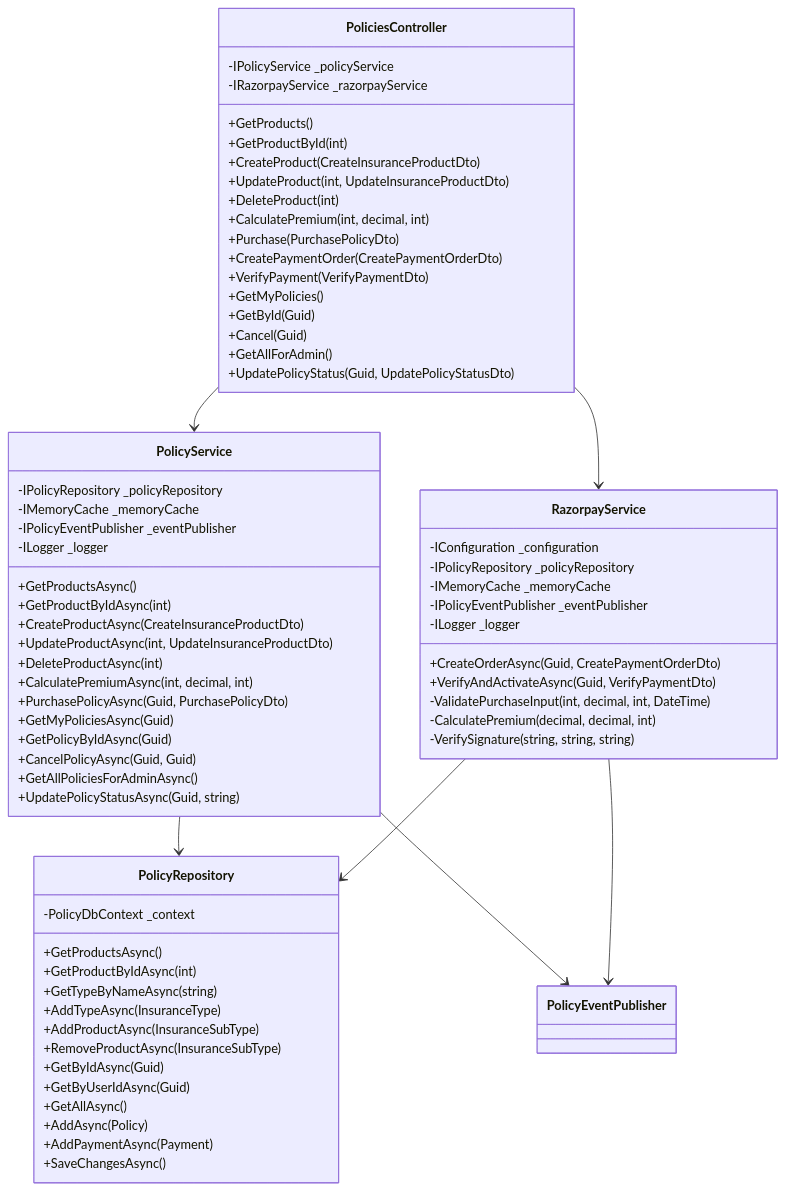
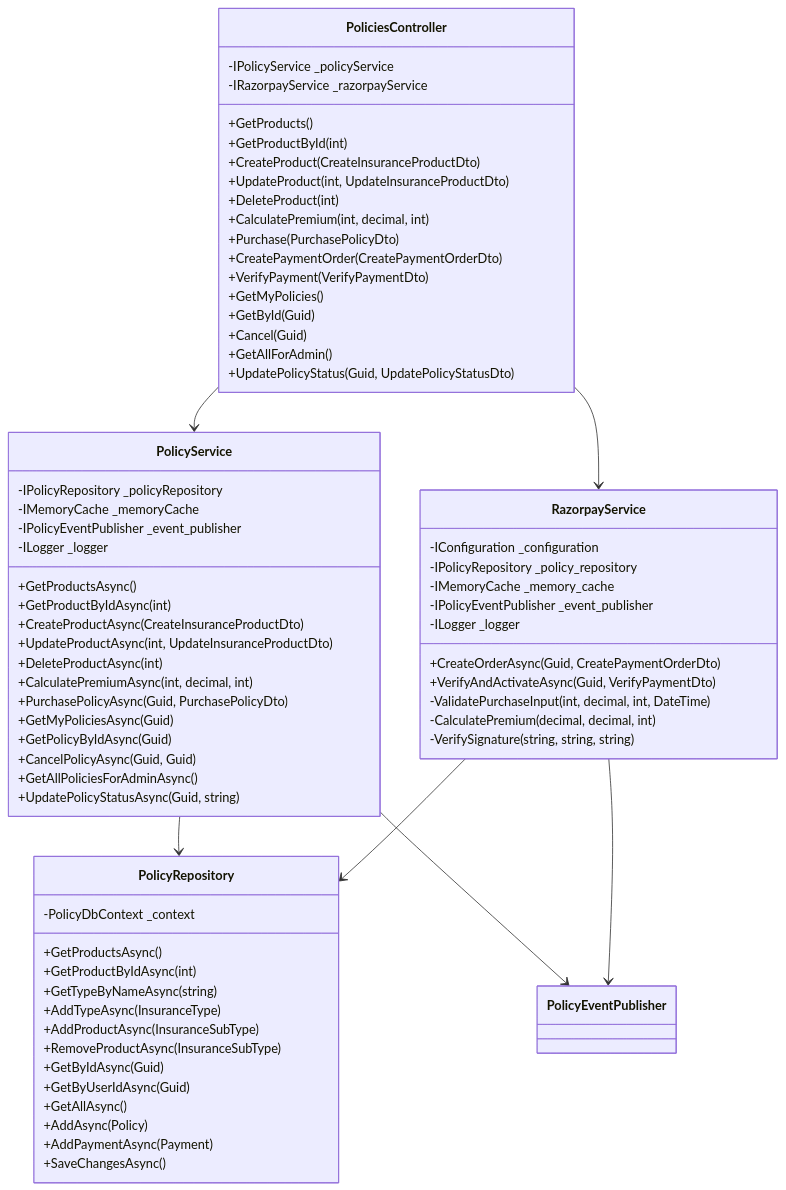
One commit to Fleek691/Smart-Sure-Insurance-Management-System changed the third of 18 diagrams in Documentation/2_SmartSure_LLD.md. Above: the diagram before and after it, drawn with Mermaid. The commit also changed other lines of this file, not shown here.

````diff
--- a/Documentation/2_SmartSure_LLD.md
+++ b/Documentation/2_SmartSure_LLD.md
@@ -97,76 +148,76 @@
 ```mermaid
 classDiagram
     class PoliciesController {
         -IPolicyService _policyService
         -IRazorpayService _razorpayService
         +GetProducts()
         +GetProductById(int)
         +CreateProduct(CreateInsuranceProductDto)
         +UpdateProduct(int, UpdateInsuranceProductDto)
         +DeleteProduct(int)
         +CalculatePremium(int, decimal, int)
         +Purchase(PurchasePolicyDto)
         +CreatePaymentOrder(CreatePaymentOrderDto)
         +VerifyPayment(VerifyPaymentDto)
         +GetMyPolicies()
         +GetById(Guid)
         +Cancel(Guid)
         +GetAllForAdmin()
         +UpdatePolicyStatus(Guid, UpdatePolicyStatusDto)
     }
 
     class PolicyService {
         -IPolicyRepository _policyRepository
         -IMemoryCache _memoryCache
-        -IPolicyEventPublisher _eventPublisher
+        -IPolicyEventPublisher _event_publisher
         -ILogger _logger
         +GetProductsAsync()
         +GetProductByIdAsync(int)
         +CreateProductAsync(CreateInsuranceProductDto)
         +UpdateProductAsync(int, UpdateInsuranceProductDto)
         +DeleteProductAsync(int)
         +CalculatePremiumAsync(int, decimal, int)
         +PurchasePolicyAsync(Guid, PurchasePolicyDto)
         +GetMyPoliciesAsync(Guid)
         +GetPolicyByIdAsync(Guid)
         +CancelPolicyAsync(Guid, Guid)
         +GetAllPoliciesForAdminAsync()
         +UpdatePolicyStatusAsync(Guid, string)
     }
 
     class RazorpayService {
         -IConfiguration _configuration
-        -IPolicyRepository _policyRepository
-        -IMemoryCache _memoryCache
-        -IPolicyEventPublisher _eventPublisher
+        -IPolicyRepository _policy_repository
+        -IMemoryCache _memory_cache
+        -IPolicyEventPublisher _event_publisher
         -ILogger _logger
         +CreateOrderAsync(Guid, CreatePaymentOrderDto)
         +VerifyAndActivateAsync(Guid, VerifyPaymentDto)
         -ValidatePurchaseInput(int, decimal, int, DateTime)
         -CalculatePremium(decimal, decimal, int)
         -VerifySignature(string, string, string)
     }
 
     class PolicyRepository {
         -PolicyDbContext _context
         +GetProductsAsync()
         +GetProductByIdAsync(int)
         +GetTypeByNameAsync(string)
         +AddTypeAsync(InsuranceType)
         +AddProductAsync(InsuranceSubType)
         +RemoveProductAsync(InsuranceSubType)
         +GetByIdAsync(Guid)
         +GetByUserIdAsync(Guid)
         +GetAllAsync()
         +AddAsync(Policy)
         +AddPaymentAsync(Payment)
         +SaveChangesAsync()
     }
 
     PoliciesController --> PolicyService
     PoliciesController --> RazorpayService
     PolicyService --> PolicyRepository
     PolicyService --> PolicyEventPublisher
     RazorpayService --> PolicyRepository
     RazorpayService --> PolicyEventPublisher
 ```
````
